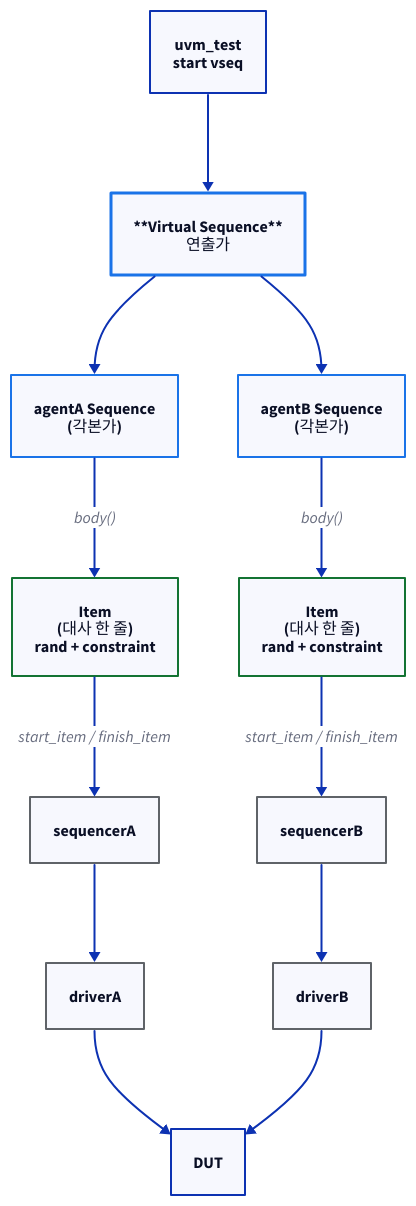
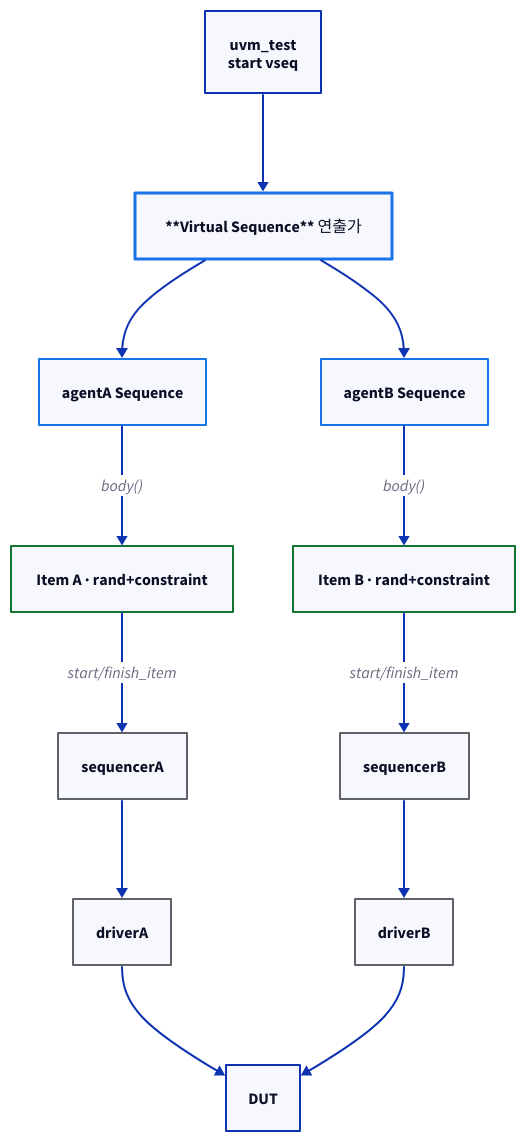
One commit to humbleowl39/DV_SKOOL changed the first of 4 diagrams in topics/uvm/docs/03_sequence_and_item.md. Above: the diagram before and after it, drawn with D2. The commit also changed other lines of this file and 90 other files, not shown here.

First line of the commit message:
docs: 전 토픽 다이어그램 정비 — ASCII→D2, mermaid→D2, 과대 D2 가시성 수정

````diff
--- a/topics/uvm/docs/03_sequence_and_item.md
+++ b/topics/uvm/docs/03_sequence_and_item.md
@@ -88,27 +88,27 @@
 ```d2
 direction: down
 
 TEST: "uvm_test\nstart vseq"
-VSEQ: "**Virtual Sequence**\n연출가" { style.stroke: "#1a73e8"; style.stroke-width: 3 }
-SEQA: "agentA Sequence\n(각본가)" { style.stroke: "#1a73e8"; style.stroke-width: 2 }
-SEQB: "agentB Sequence\n(각본가)" { style.stroke: "#1a73e8"; style.stroke-width: 2 }
-ITA: "Item\n(대사 한 줄)\nrand + constraint" { style.stroke: "#137333"; style.stroke-width: 2 }
-ITB: "Item\n(대사 한 줄)\nrand + constraint" { style.stroke: "#137333"; style.stroke-width: 2 }
+VSEQ: "**Virtual Sequence** 연출가" { style.stroke: "#1a73e8"; style.stroke-width: 3 }
+SEQA: "agentA Sequence" { style.stroke: "#1a73e8"; style.stroke-width: 2 }
+SEQB: "agentB Sequence" { style.stroke: "#1a73e8"; style.stroke-width: 2 }
+ITA: "Item A · rand+constraint" { style.stroke: "#137333"; style.stroke-width: 2 }
+ITB: "Item B · rand+constraint" { style.stroke: "#137333"; style.stroke-width: 2 }
 SQRA: sequencerA { style.stroke: "#5f6368"; style.stroke-width: 2 }
 SQRB: sequencerB { style.stroke: "#5f6368"; style.stroke-width: 2 }
 DRVA: driverA { style.stroke: "#5f6368"; style.stroke-width: 2 }
 DRVB: driverB { style.stroke: "#5f6368"; style.stroke-width: 2 }
 DUT: DUT
 
 TEST -> VSEQ
 VSEQ -> SEQA
 VSEQ -> SEQB
 SEQA -> ITA: "body()"
 SEQB -> ITB: "body()"
-ITA -> SQRA: "start_item / finish_item"
-ITB -> SQRB: "start_item / finish_item"
+ITA -> SQRA: "start/finish_item"
+ITB -> SQRB: "start/finish_item"
 SQRA -> DRVA
 SQRB -> DRVB
 DRVA -> DUT
 DRVB -> DUT
 ```
````
